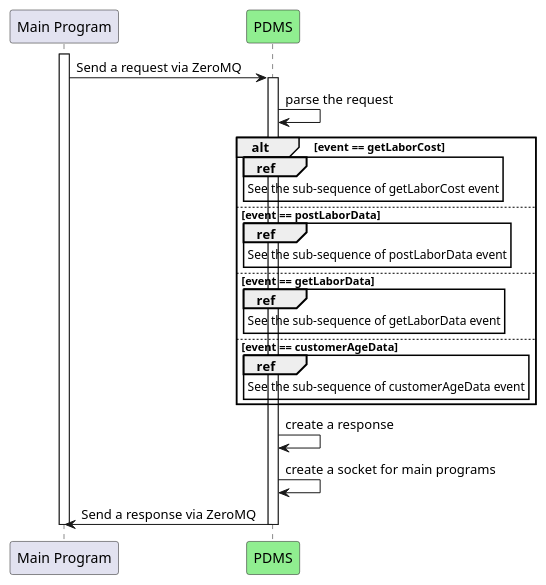
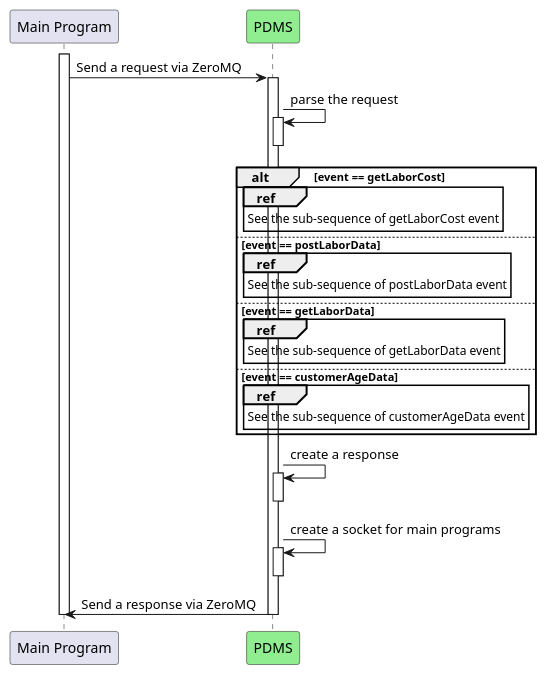
One commit to TS-1224/CS361-PDMS changed the first of 5 diagrams in README.md. Above: the diagram before and after it, drawn with PlantUML. The commit also changed other lines of this file, not shown here.

````diff
--- a/README.md
+++ b/README.md
@@ -69,33 +69,42 @@
 ```plantuml
 @startuml
 
 ' Participants
 Participant "Main Program" as main
 Participant "PDMS" as pdms #LightGreen
 
 ' Flow
 activate main
 
 main -> pdms: Send a request via ZeroMQ
 
 activate pdms
 
 pdms -> pdms: parse the request
+activate pdms
+deactivate pdms
+
 alt event == getLaborCost
     ref over pdms: See the sub-sequence of getLaborCost event
 else event == postLaborData
     ref over pdms: See the sub-sequence of postLaborData event
 else event == getLaborData
     ref over pdms: See the sub-sequence of getLaborData event
 else event == customerAgeData
     ref over pdms: See the sub-sequence of customerAgeData event
 end
 
 pdms -> pdms: create a response
+activate pdms
+deactivate pdms
+
 pdms -> pdms: create a socket for main programs
+activate pdms
+deactivate pdms
+
 main <- pdms: Send a response via ZeroMQ
 
 deactivate pdms
 deactivate main
 @enduml
 ```
````
